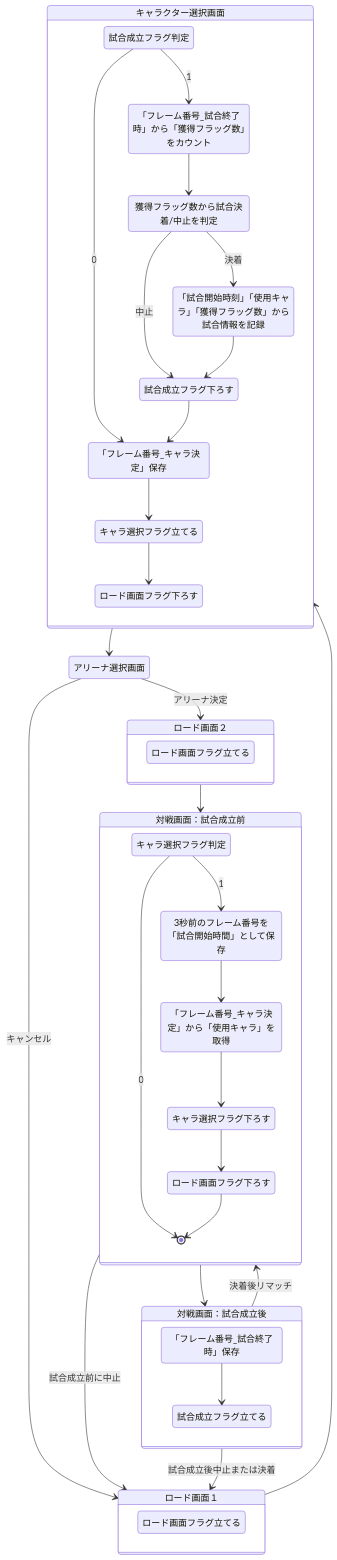
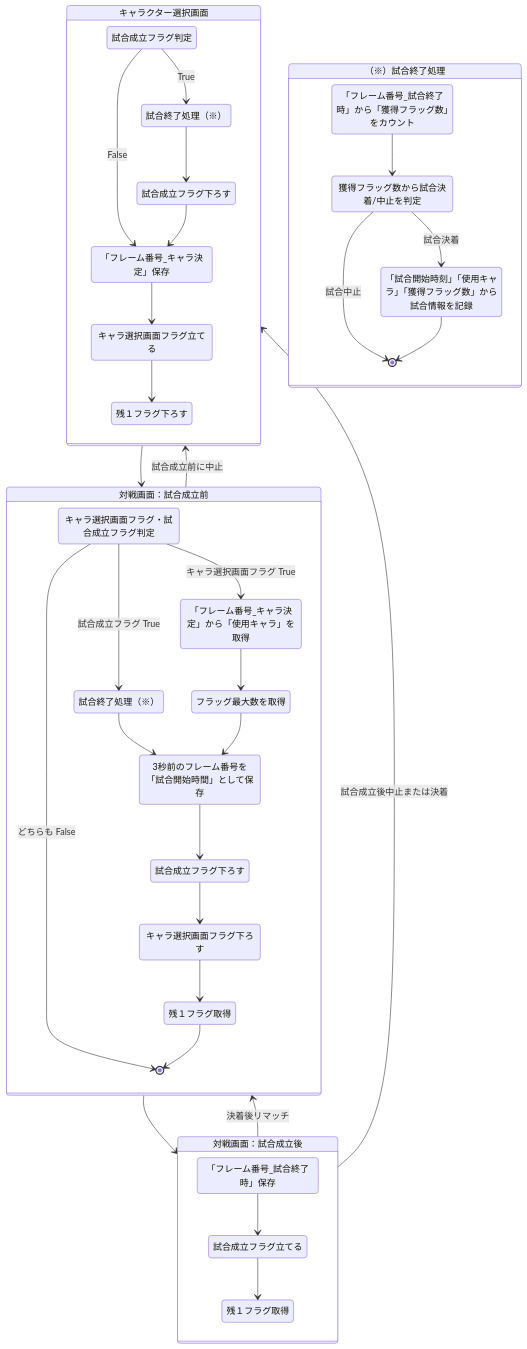
One commit to zbb00732/hq_timestamps_next changed the diagram in work/statetransition.mmd. Above: the diagram before and after it, drawn with Mermaid.

Commit message:
状態遷移図を更新

```diff
--- a/work/statetransition.mmd
+++ b/work/statetransition.mmd
@@ -1,72 +1,69 @@
 stateDiagram-v2
 s1: キャラクター選択画面
-s2: アリーナ選択画面
 s3: 対戦画面：試合成立前
 s4: 対戦画面：試合成立後
-s5: ロード画面１
-s6: ロード画面２
+s5: （※）試合終了処理
 
-s5 --> s1
-s1 --> s2
-s2 --> s6: アリーナ決定
-s6 --> s3
-s2 --> s5: キャンセル
-s3 --> s5: 試合成立前に中止
+s1 --> s3
+s3 --> s1: 試合成立前に中止
 s3 --> s4
-s4 --> s5: 試合成立後中止または決着
+s4 --> s1: 試合成立後中止または決着
 s4 --> s3: 決着後リマッチ
 
 p11: 試合成立フラグ判定
-p12: 「フレーム番号_試合終了時」から「獲得フラッグ数」をカウント
-p13: 獲得フラッグ数から試合決着/中止を判定
-p14: 「試合開始時刻」「使用キャラ」「獲得フラッグ数」から試合情報を記録
+p12: 試合終了処理（※）
 p15: 試合成立フラグ下ろす
 p16: 「フレーム番号_キャラ決定」保存
-p17: キャラ選択フラグ立てる
-p18: ロード画面フラグ下ろす
+p17: キャラ選択画面フラグ立てる
+p18: 残１フラグ下ろす
 
 state s1 {
-  p11 --> p12: 1
-  p11 --> p16: 0
-  p12 --> p13
-  p13 --> p14: 決着
-  p13 --> p15: 中止
-  p14 --> p15
+  p11 --> p12: True
+  p11 --> p16: False
+  p12 --> p15
   p15 --> p16
   p16 --> p17
   p17 --> p18
 }
 
-p31: キャラ選択フラグ判定
-p32: 3秒前のフレーム番号を「試合開始時間」として保存
+p31: キャラ選択画面フラグ・試合成立フラグ判定
+p32: 試合終了処理（※）
 p33: 「フレーム番号_キャラ決定」から「使用キャラ」を取得
-p34: キャラ選択フラグ下ろす
-p35: ロード画面フラグ下ろす
+p34: フラッグ最大数を取得
+p35: 3秒前のフレーム番号を「試合開始時間」として保存
+p36: 試合成立フラグ下ろす
+p37: キャラ選択画面フラグ下ろす
+p38: 残１フラグ取得
 
 state s3 {
-  p31 --> p32: 1
-  p31 --> [*]: 0
-  p32 --> p33
+  p31 --> [*]: どちらも False
+  p31 --> p32: 試合成立フラグ True
+  p32 --> p35
+  p31 --> p33: キャラ選択画面フラグ True
   p33 --> p34
   p34 --> p35
-  p35 --> [*]
+  p35 --> p36
+  p36 --> p37
+  p37 --> p38
+  p38 --> [*]
 }
 
 p41: 「フレーム番号_試合終了時」保存
 p42: 試合成立フラグ立てる
+p43: 残１フラグ取得
 
 state s4 {
   p41 --> p42
+  p42 --> p43
 }
 
-p51: ロード画面フラグ立てる
+p51: 「フレーム番号_試合終了時」から「獲得フラッグ数」をカウント
+p52: 獲得フラッグ数から試合決着/中止を判定
+p53: 「試合開始時刻」「使用キャラ」「獲得フラッグ数」から試合情報を記録
 
 state s5 {
-  p51
+  p51 --> p52
+  p52 --> p53: 試合決着
+  p52 --> [*]: 試合中止
+  p53 --> [*]
 }
-
-p61: ロード画面フラグ立てる
-
-state s6 {
-  p61
-}
```
